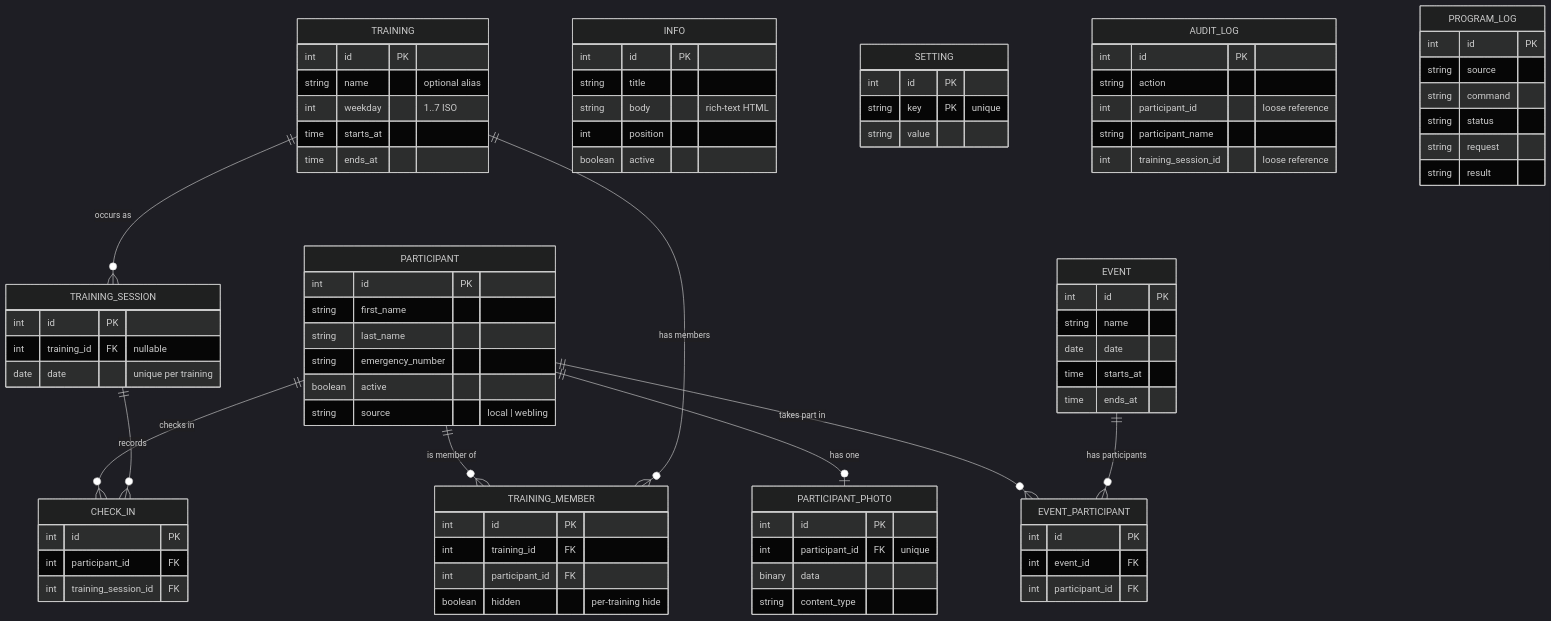
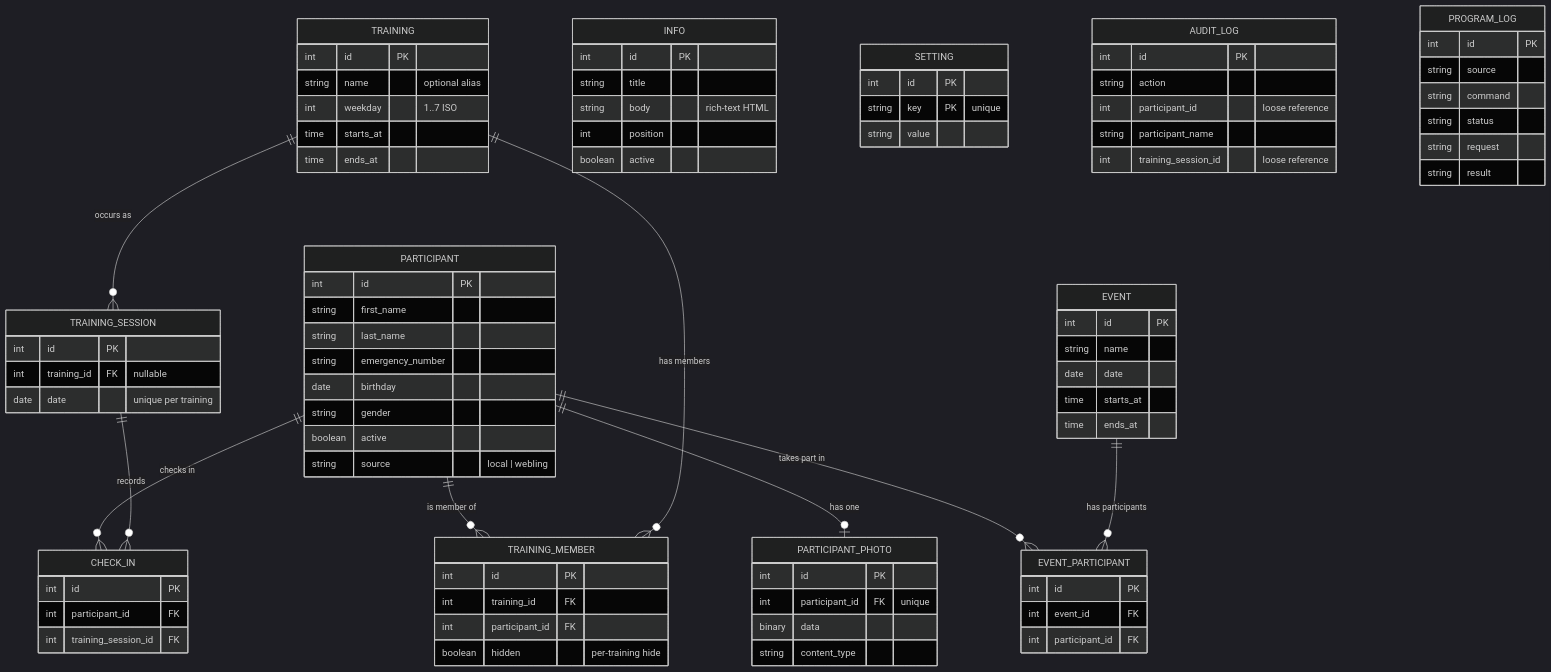
The diagram in docs/architecture/data-model-graph.md (gregorybleiker/attendancetracker), drawn with Mermaid (dark theme) before and after one commit. The commit also changed 19 other files, not shown here.

Commit message:
Export event participants as CSV and sync birthday/gender from Webling

```diff
--- a/docs/architecture/data-model-graph.md
+++ b/docs/architecture/data-model-graph.md
@@ -85,6 +85,8 @@
         string first_name
         string last_name
         string emergency_number
+        date birthday
+        string gender
         boolean active
         string source "local | webling"
     }
```
